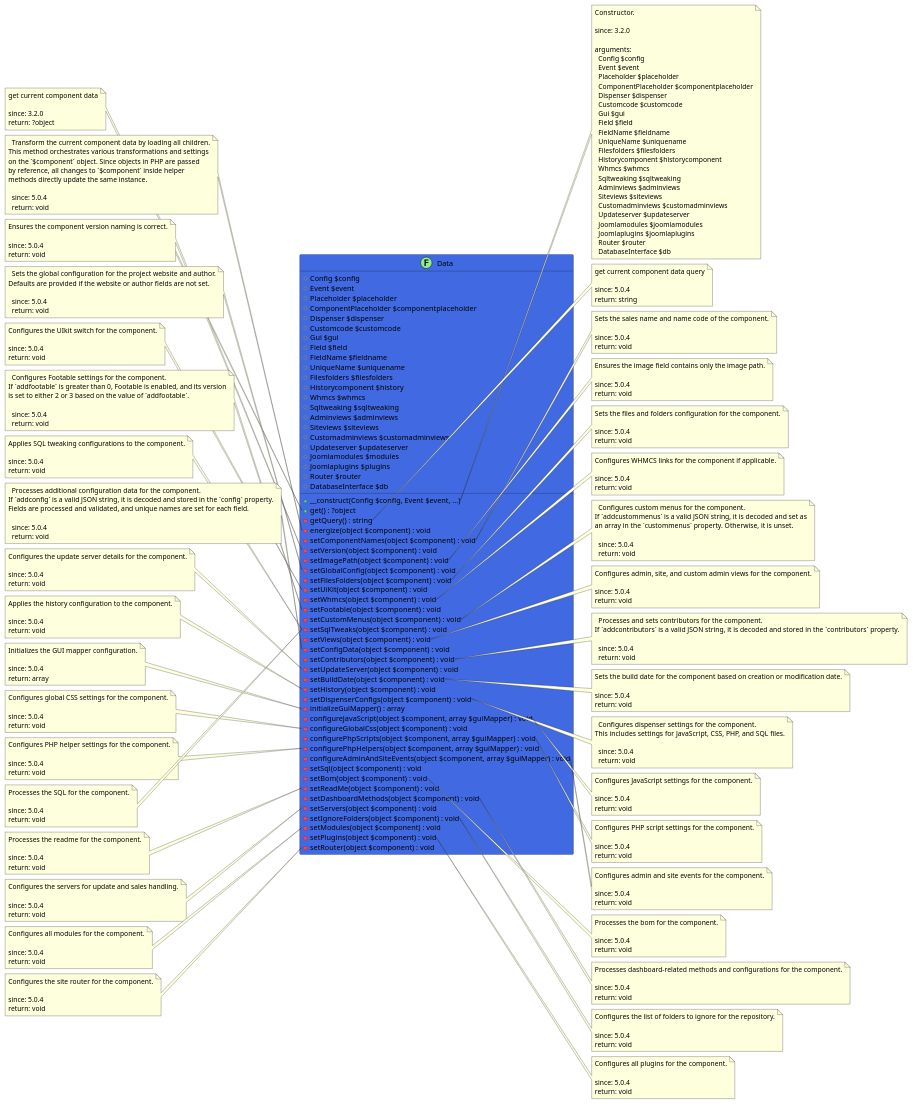
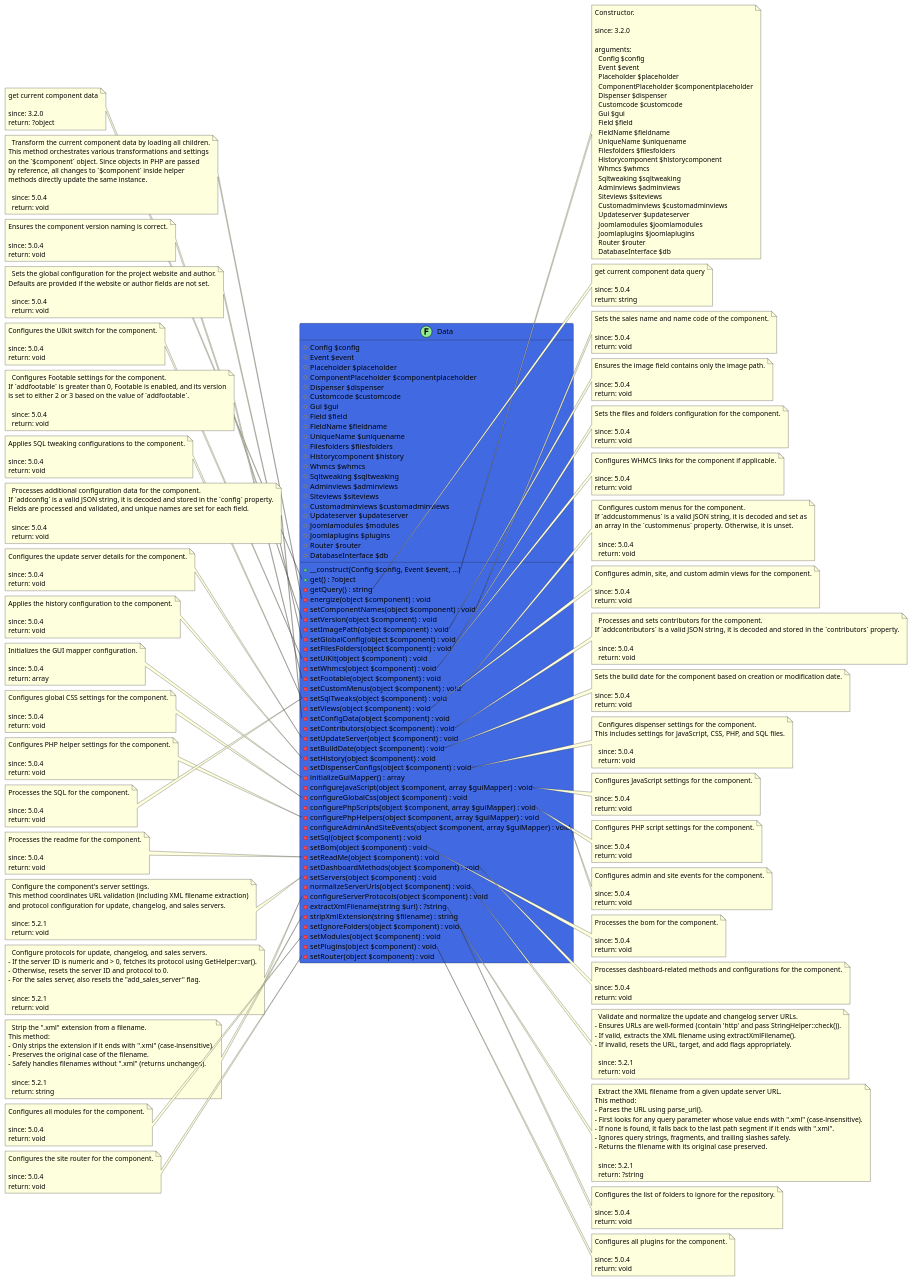
Before and after one commit to joomengine/jcb-compiler: the diagram in src/ef9578e5-4c9d-46bf-866f-3a94bdc7b753/README.md, drawn with PlantUML. The commit also changed 138 other files, not shown here.

```diff
--- a/src/ef9578e5-4c9d-46bf-866f-3a94bdc7b753/README.md
+++ b/src/ef9578e5-4c9d-46bf-866f-3a94bdc7b753/README.md
@@ -60,6 +60,10 @@
   - setReadMe(object $component) : void
   - setDashboardMethods(object $component) : void
   - setServers(object $component) : void
+  - normalizeServerUrls(object $component) : void
+  - configureServerProtocols(object $component) : void
+  - extractXmlFilename(string $url) : ?string
+  - stripXmlExtension(string $filename) : string
   - setIgnoreFolders(object $component) : void
   - setModules(object $component) : void
   - setPlugins(object $component) : void
@@ -320,10 +324,56 @@
 end note
 
 note left of Data::setServers
-  Configures the servers for update and sales handling.
+  Configure the component's server settings.
+This method coordinates URL validation (including XML filename extraction)
+and protocol configuration for update, changelog, and sales servers.
 
-  since: 5.0.4
+  since: 5.2.1
   return: void
+end note
+
+note right of Data::normalizeServerUrls
+  Validate and normalize the update and changelog server URLs.
+- Ensures URLs are well-formed (contain 'http' and pass StringHelper::check()).
+- If valid, extracts the XML filename using extractXmlFilename().
+- If invalid, resets the URL, target, and add flags appropriately.
+
+  since: 5.2.1
+  return: void
+end note
+
+note left of Data::configureServerProtocols
+  Configure protocols for update, changelog, and sales servers.
+- If the server ID is numeric and > 0, fetches its protocol using GetHelper::var().
+- Otherwise, resets the server ID and protocol to 0.
+- For the sales server, also resets the "add_sales_server" flag.
+
+  since: 5.2.1
+  return: void
+end note
+
+note right of Data::extractXmlFilename
+  Extract the XML filename from a given update server URL.
+This method:
+- Parses the URL using parse_url().
+- First looks for any query parameter whose value ends with ".xml" (case-insensitive).
+- If none is found, it falls back to the last path segment if it ends with ".xml".
+- Ignores query strings, fragments, and trailing slashes safely.
+- Returns the filename with its original case preserved.
+
+  since: 5.2.1
+  return: ?string
+end note
+
+note left of Data::stripXmlExtension
+  Strip the ".xml" extension from a filename.
+This method:
+- Only strips the extension if it ends with ".xml" (case-insensitive).
+- Preserves the original case of the filename.
+- Safely handles filenames without ".xml" (returns unchanged).
+
+  since: 5.2.1
+  return: string
 end note
 
 note right of Data::setIgnoreFolders
```
